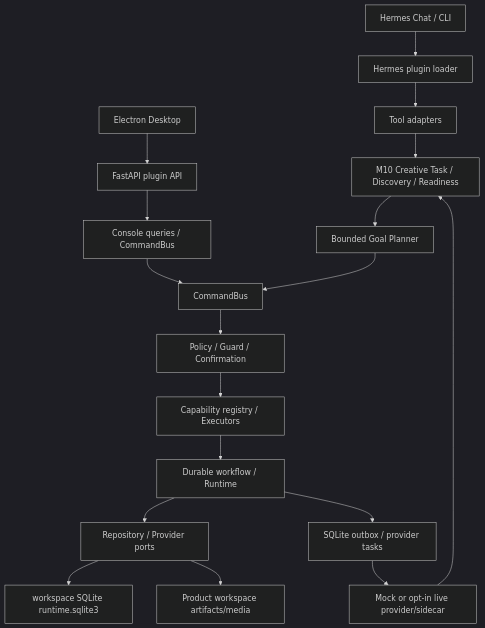
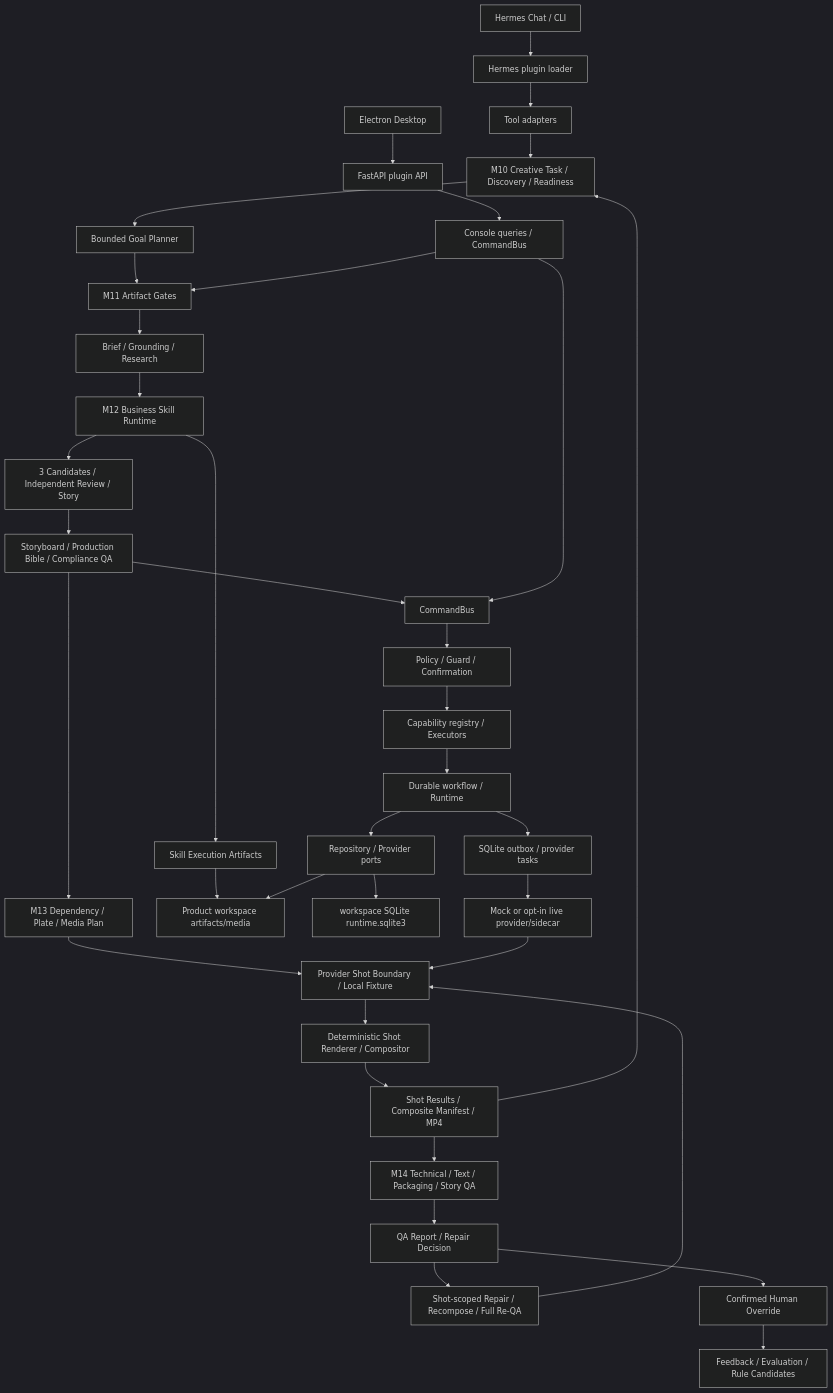
The diagram in docs/ARCHITECTURE_CURRENT.md (cynic12138/hermes-agent), drawn with Mermaid (dark theme) before and after one commit. The commit also changed other lines of this file and 26 other files, not shown here.

````diff
--- a/docs/ARCHITECTURE_CURRENT.md
+++ b/docs/ARCHITECTURE_CURRENT.md
@@ -14,20 +15,39 @@
 ```mermaid
 flowchart TB
   Chat["Hermes Chat / CLI"] --> Loader["Hermes plugin loader"]
   Desktop["Electron Desktop"] --> API["FastAPI plugin API"]
   Loader --> Adapter["Tool adapters"]
   API --> Query["Console queries / CommandBus"]
   Adapter --> Task["M10 Creative Task / Discovery / Readiness"]
   Task --> Planner["Bounded Goal Planner"]
-  Planner --> Bus["CommandBus"]
+  Planner --> Gates["M11 Artifact Gates"]
+  Gates --> Brief["Brief / Grounding / Research"]
+  Brief --> Skills["M12 Business Skill Runtime"]
+  Skills --> Direction["3 Candidates / Independent Review / Story"]
+  Direction --> Bible["Storyboard / Production Bible / Compliance QA"]
+  Bible --> MediaPlan["M13 Dependency / Plate / Media Plan"]
+  MediaPlan --> ShotEngine["Provider Shot Boundary / Local Fixture"]
+  ShotEngine --> Compositor["Deterministic Shot Renderer / Compositor"]
+  Compositor --> MediaResult["Shot Results / Composite Manifest / MP4"]
+  MediaResult --> MediaQA["M14 Technical / Text / Packaging / Story QA"]
+  MediaQA --> QAReport["QA Report / Repair Decision"]
+  QAReport --> Repair["Shot-scoped Repair / Recompose / Full Re-QA"]
+  QAReport --> HumanReview["Confirmed Human Override"]
+  Repair --> ShotEngine
+  HumanReview --> Learning["Feedback / Evaluation / Rule Candidates"]
+  Skills --> Audit["Skill Execution Artifacts"]
+  Audit --> Files
+  Bible --> Bus["CommandBus"]
   Query --> Bus
   Bus --> Guard["Policy / Guard / Confirmation"]
   Guard --> Registry["Capability registry / Executors"]
   Registry --> Runtime["Durable workflow / Runtime"]
   Runtime --> Ports["Repository / Provider ports"]
   Ports --> DB["workspace SQLite runtime.sqlite3"]
   Ports --> Files["Product workspace artifacts/media"]
   Runtime --> Outbox["SQLite outbox / provider tasks"]
   Outbox --> Provider["Mock or opt-in live provider/sidecar"]
-  Provider --> Task
+  Provider --> ShotEngine
+  MediaResult --> Task
+  Query --> Gates
 ```
````
